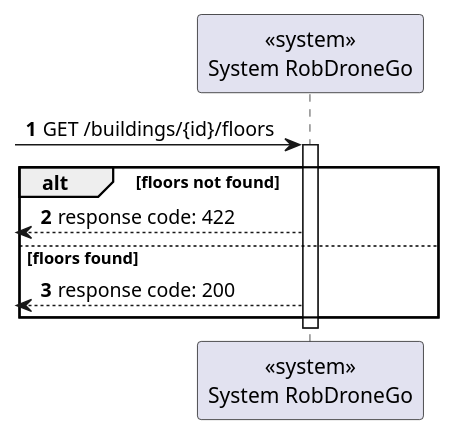
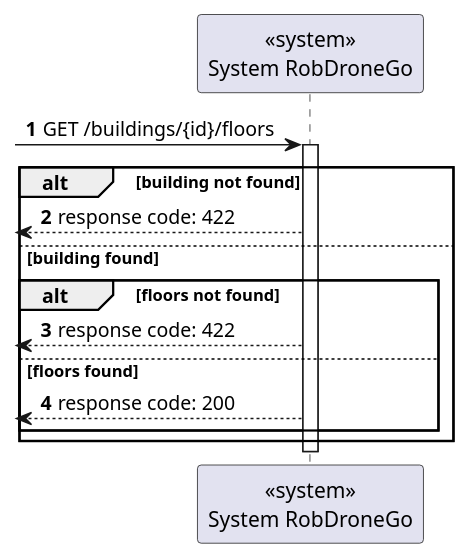
The diagram in docs/us210/level1/process-view.puml (Departamento-de-Engenharia-Informatica/lapr5-23-24-g19), drawn with PlantUML before and after one commit.

Commit message:
docs(us210): updated level1 process view

```diff
--- a/docs/us210/level1/process-view.puml
+++ b/docs/us210/level1/process-view.puml
@@ -1,18 +1,22 @@
 @startuml
 autonumber
 
 
 participant "<<system>>\nSystem RobDroneGo" as sys
 
  [-> sys: GET /buildings/{id}/floors
 
 activate sys
-alt floors not found
+alt building not found
     [<--sys : response code: 422
-else floors found
-    [<--sys : response code: 200
+else building found
+    alt floors not found
+        [<--sys : response code: 422
+    else floors found
+        [<--sys : response code: 200
+    end
 end
 deactivate sys
 
 
 @enduml
```
